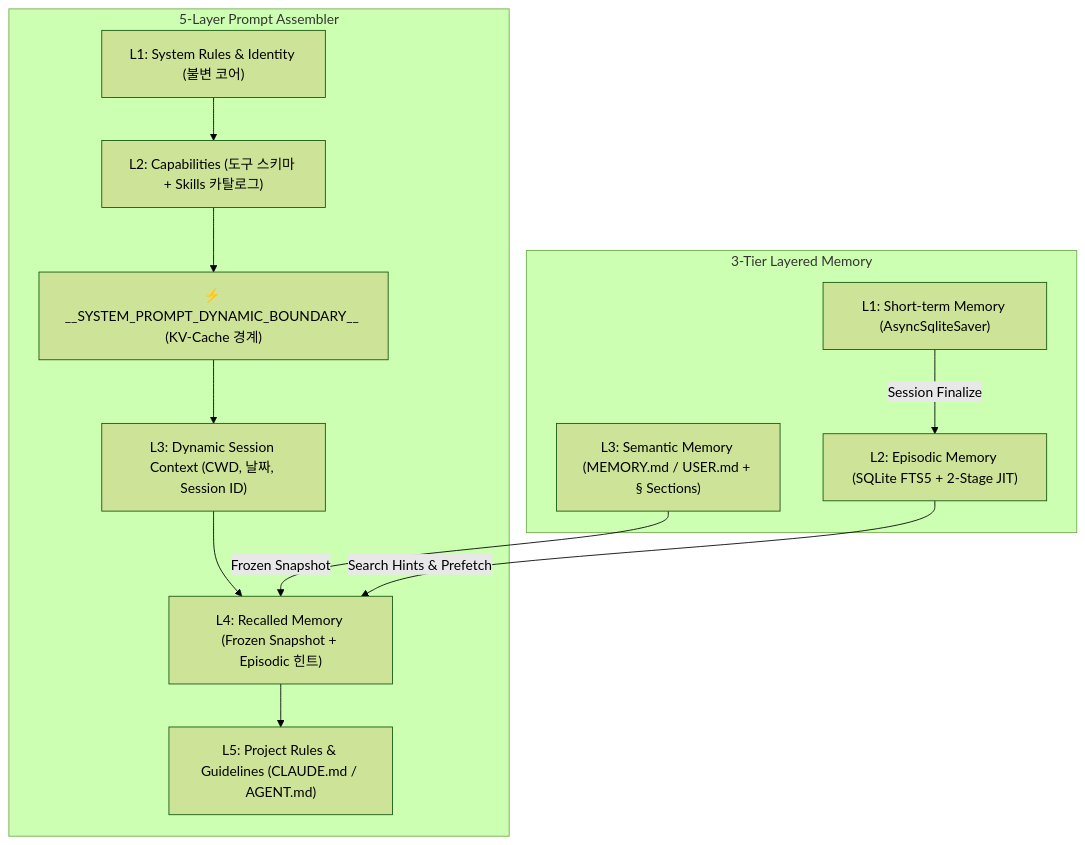
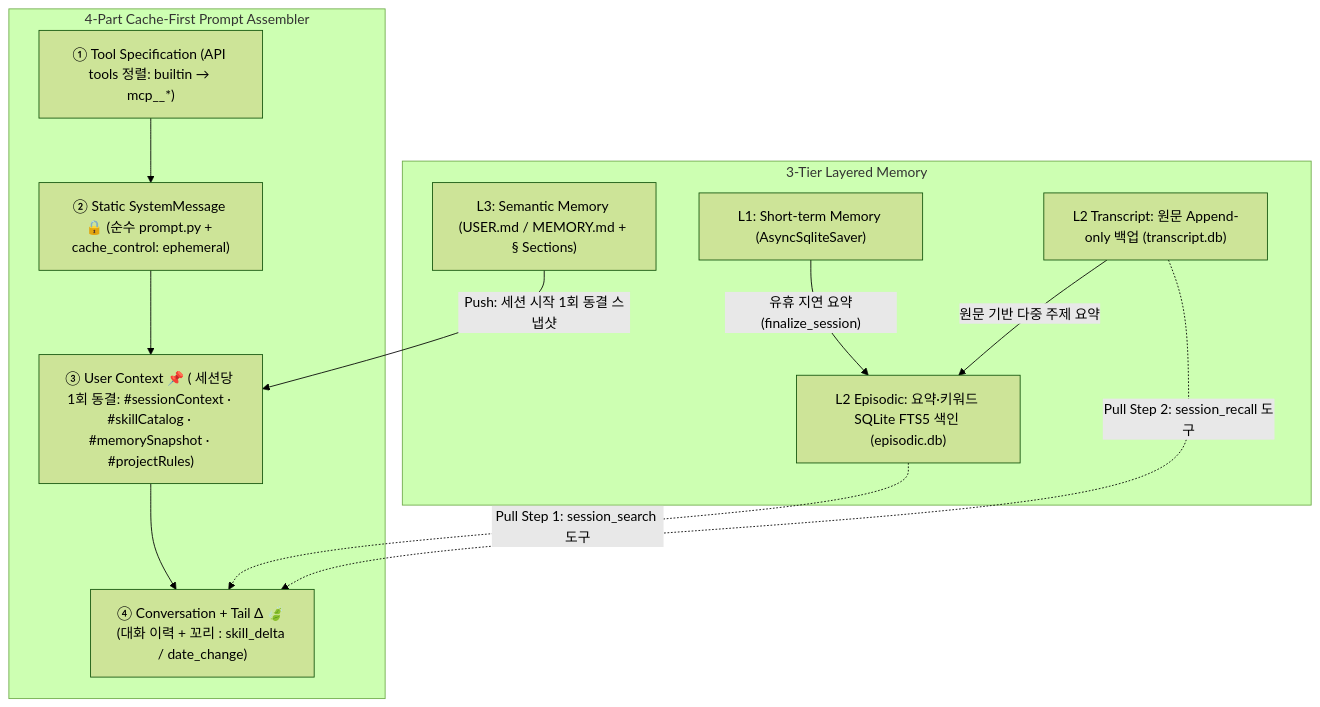
The diagram in missions/03_mission_prompt_and_memory.md (hukim1112/harness_agent), drawn with Mermaid (forest theme) before and after one commit. The commit also changed other lines of this file and 70 other files, not shown here.

Commit message:
feat(harness): finalize prompt assembler, layered memory, skills/MCP notebooks, and mission validations

````diff
--- a/missions/03_mission_prompt_and_memory.md
+++ b/missions/03_mission_prompt_and_memory.md
@@ -22,22 +22,23 @@
 ```mermaid
 graph TD
-    subgraph 5-Layer Prompt Assembler
-        L1["L1: System Rules & Identity (불변 코어)"]
-        L2["L2: Capabilities (도구 스키마 + Skills 카탈로그)"]
-        BM["⚡ __SYSTEM_PROMPT_DYNAMIC_BOUNDARY__ (KV-Cache 경계)"]
-        L3["L3: Dynamic Session Context (CWD, 날짜, Session ID)"]
-        L4["L4: Recalled Memory (Frozen Snapshot + Episodic 힌트)"]
-        L5["L5: Project Rules & Guidelines (CLAUDE.md / AGENT.md)"]
-        L1 --> L2 --> BM --> L3 --> L4 --> L5
+    subgraph 4-Part Cache-First Prompt Assembler
+        P1["① Tool Specification (API tools 정렬: builtin → mcp__*)"]
+        P2["② Static SystemMessage 🔒 (순수 prompt.py + cache_control: ephemeral)"]
+        P3["③ User Context 📌 (<system-reminder> 세션당 1회 동결: #sessionContext · #skillCatalog · #memorySnapshot · #projectRules)"]
+        P4["④ Conversation + Tail Δ 🍃 (대화 이력 + 꼬리 <system-reminder>: skill_delta / date_change)"]
+        P1 --> P2 --> P3 --> P4
     end
 
     subgraph 3-Tier Layered Memory
         M1["L1: Short-term Memory (AsyncSqliteSaver)"]
-        M2["L2: Episodic Memory (SQLite FTS5 + 2-Stage JIT)"]
-        M3["L3: Semantic Memory (MEMORY.md / USER.md + § Sections)"]
+        M2T["L2 Transcript: 원문 Append-only 백업 (transcript.db)"]
+        M2E["L2 Episodic: 요약·키워드 SQLite FTS5 색인 (episodic.db)"]
+        M3["L3: Semantic Memory (USER.md / MEMORY.md + § Sections)"]
     end
 
-    M3 -->|Frozen Snapshot| L4
-    M2 -->|Search Hints & Prefetch| L4
-    M1 -->|Session Finalize| M2
+    M3 -->|"Push: 세션 시작 1회 동결 스냅샷"| P3
+    M1 -->|"유휴 지연 요약(finalize_session)"| M2E
+    M2T -->|"원문 기반 다중 주제 요약"| M2E
+    M2E -.->|"Pull Step 1: session_search 도구"| P4
+    M2T -.->|"Pull Step 2: session_recall 도구"| P4
 ```
````
